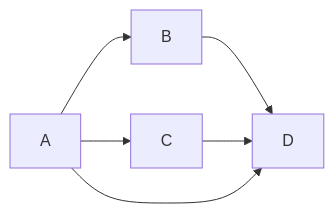
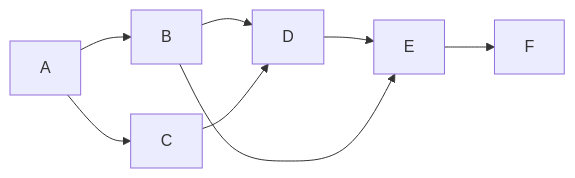
Before and after one commit to analyticalworkflows/TeachingMaterials: the diagram in classes/WorkflowDiagrams/mermaid_demo.md, drawn with Mermaid. The commit also changed other lines of this file, not shown here.

````diff
--- a/classes/WorkflowDiagrams/mermaid_demo.md
+++ b/classes/WorkflowDiagrams/mermaid_demo.md
@@ -3,9 +5,11 @@
 ```mermaid
 
 graph LR;
       A-->B;
       A-->C;
       B-->D;
       C-->D;
-      A-->D;
+      D-->E;
+      E-->F;
+      B-->E;
 ```
````
